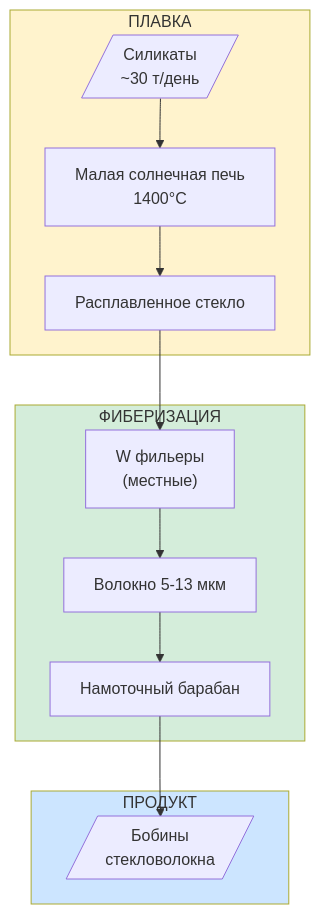
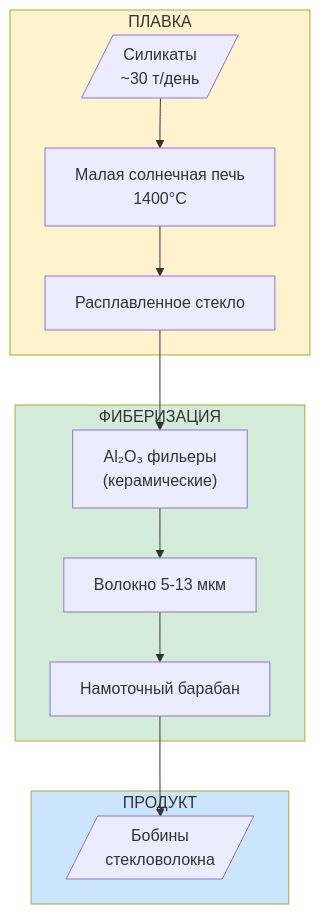
One commit to DmitryNasikanov/infinite-energy changed the second of 2 diagrams in ru/science/detailed/production/materials/silicate-fabric.qmd. Above: the diagram before and after it, drawn with Mermaid. The commit also changed other lines of this file and 39 other files, not shown here.

````diff
--- a/ru/science/detailed/production/materials/silicate-fabric.qmd
+++ b/ru/science/detailed/production/materials/silicate-fabric.qmd
@@ -75,21 +73,21 @@
 ```{mermaid}
 flowchart TD
     subgraph ПЛАВКА["ПЛАВКА"]
         SIL[/"Силикаты<br/>~30 т/день"/] --> SF["Малая солнечная печь<br/>1400°C"]
         SF --> MELT["Расплавленное стекло"]
     end
 
     subgraph ФИБЕРИЗАЦИЯ["ФИБЕРИЗАЦИЯ"]
-        MELT --> FILT["W фильеры<br/>(местные)"]
+        MELT --> FILT["Al₂O₃ фильеры<br/>(керамические)"]
         FILT --> FIBER["Волокно 5-13 мкм"]
         FIBER --> DRUM["Намоточный барабан"]
     end
 
     subgraph ПРОДУКТ["ПРОДУКТ"]
         DRUM --> BOBBIN[/"Бобины<br/>стекловолокна"/]
     end
 
     style ПЛАВКА fill:#fff3cd
     style ФИБЕРИЗАЦИЯ fill:#d4edda
     style ПРОДУКТ fill:#cce5ff
 ```
````
